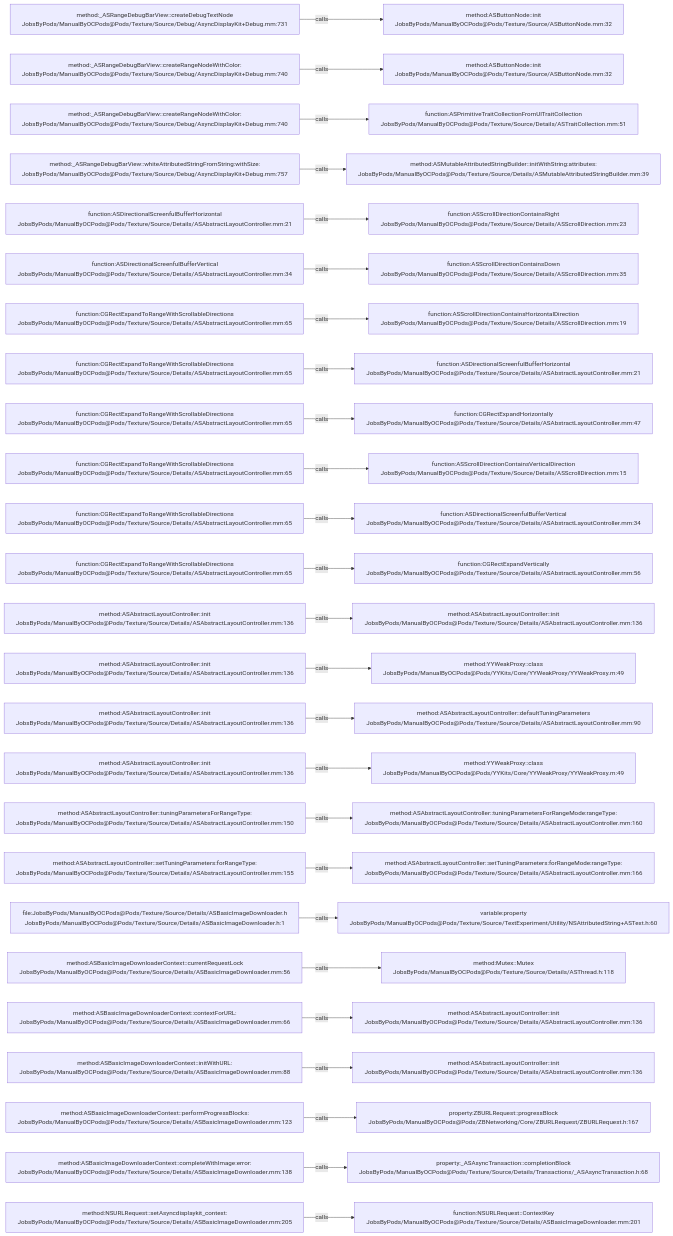
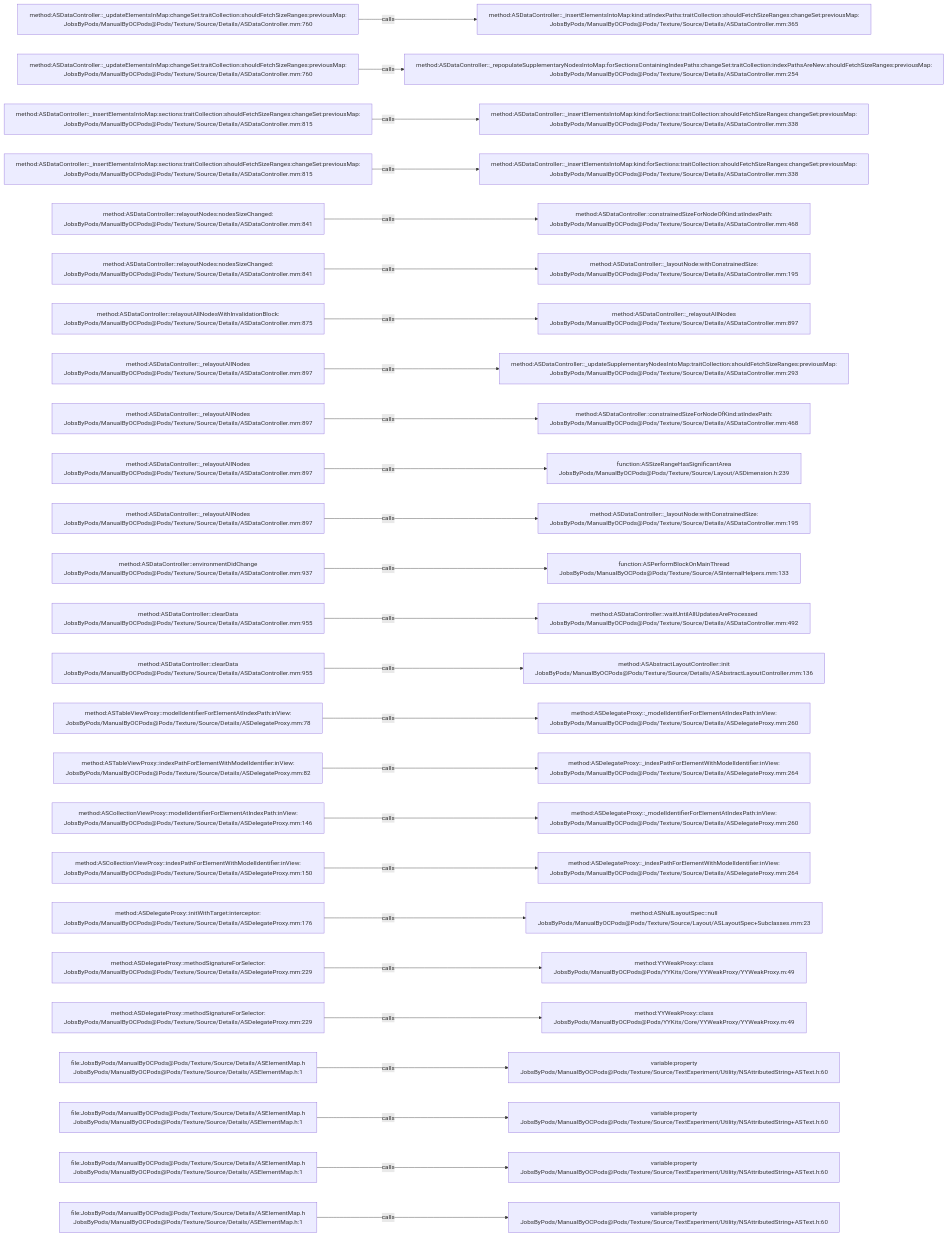
The diagram in .codegraph/codegraph.md/graphs/calls-158.md (JobsKits/JobsOCBaseConfigDemo), drawn with Mermaid before and after one commit. The commit also changed 1223 other files, not shown here.

````diff
--- a/.codegraph/codegraph.md/graphs/calls-158.md
+++ b/.codegraph/codegraph.md/graphs/calls-158.md
@@ -13,78 +13,78 @@
 ```mermaid
 flowchart LR
-  S1["method:_ASRangeDebugBarView::createDebugTextNode<br/>JobsByPods/ManualByOCPods@Pods/Texture/Source/Debug/AsyncDisplayKit+Debug.mm:731"]
-  T1["method:ASButtonNode::init<br/>JobsByPods/ManualByOCPods@Pods/Texture/Source/ASButtonNode.mm:32"]
+  S1["method:ASDataController::_updateElementsInMap:changeSet:traitCollection:shouldFetchSizeRanges:previousMap:<br/>JobsByPods/ManualByOCPods@Pods/Texture/Source/Details/ASDataController.mm:760"]
+  T1["method:ASDataController::_insertElementsIntoMap:kind:atIndexPaths:traitCollection:shouldFetchSizeRanges:changeSet:previousMap:<br/>JobsByPods/ManualByOCPods@Pods/Texture/Source/Details/ASDataController.mm:365"]
   S1 -->|calls| T1
-  S2["method:_ASRangeDebugBarView::createRangeNodeWithColor:<br/>JobsByPods/ManualByOCPods@Pods/Texture/Source/Debug/AsyncDisplayKit+Debug.mm:740"]
-  T2["method:ASButtonNode::init<br/>JobsByPods/ManualByOCPods@Pods/Texture/Source/ASButtonNode.mm:32"]
+  S2["method:ASDataController::_updateElementsInMap:changeSet:traitCollection:shouldFetchSizeRanges:previousMap:<br/>JobsByPods/ManualByOCPods@Pods/Texture/Source/Details/ASDataController.mm:760"]
+  T2["method:ASDataController::_repopulateSupplementaryNodesIntoMap:forSectionsContainingIndexPaths:changeSet:traitCollection:indexPathsAreNew:shouldFetchSizeRanges:previousMap:<br/>JobsByPods/ManualByOCPods@Pods/Texture/Source/Details/ASDataController.mm:254"]
   S2 -->|calls| T2
-  S3["method:_ASRangeDebugBarView::createRangeNodeWithColor:<br/>JobsByPods/ManualByOCPods@Pods/Texture/Source/Debug/AsyncDisplayKit+Debug.mm:740"]
-  T3["function:ASPrimitiveTraitCollectionFromUITraitCollection<br/>JobsByPods/ManualByOCPods@Pods/Texture/Source/Details/ASTraitCollection.mm:51"]
+  S3["method:ASDataController::_insertElementsIntoMap:sections:traitCollection:shouldFetchSizeRanges:changeSet:previousMap:<br/>JobsByPods/ManualByOCPods@Pods/Texture/Source/Details/ASDataController.mm:815"]
+  T3["method:ASDataController::_insertElementsIntoMap:kind:forSections:traitCollection:shouldFetchSizeRanges:changeSet:previousMap:<br/>JobsByPods/ManualByOCPods@Pods/Texture/Source/Details/ASDataController.mm:338"]
   S3 -->|calls| T3
-  S4["method:_ASRangeDebugBarView::whiteAttributedStringFromString:withSize:<br/>JobsByPods/ManualByOCPods@Pods/Texture/Source/Debug/AsyncDisplayKit+Debug.mm:757"]
-  T4["method:ASMutableAttributedStringBuilder::initWithString:attributes:<br/>JobsByPods/ManualByOCPods@Pods/Texture/Source/Details/ASMutableAttributedStringBuilder.mm:39"]
+  S4["method:ASDataController::_insertElementsIntoMap:sections:traitCollection:shouldFetchSizeRanges:changeSet:previousMap:<br/>JobsByPods/ManualByOCPods@Pods/Texture/Source/Details/ASDataController.mm:815"]
+  T4["method:ASDataController::_insertElementsIntoMap:kind:forSections:traitCollection:shouldFetchSizeRanges:changeSet:previousMap:<br/>JobsByPods/ManualByOCPods@Pods/Texture/Source/Details/ASDataController.mm:338"]
   S4 -->|calls| T4
-  S5["function:ASDirectionalScreenfulBufferHorizontal<br/>JobsByPods/ManualByOCPods@Pods/Texture/Source/Details/ASAbstractLayoutController.mm:21"]
-  T5["function:ASScrollDirectionContainsRight<br/>JobsByPods/ManualByOCPods@Pods/Texture/Source/Details/ASScrollDirection.mm:23"]
+  S5["method:ASDataController::relayoutNodes:nodesSizeChanged:<br/>JobsByPods/ManualByOCPods@Pods/Texture/Source/Details/ASDataController.mm:841"]
+  T5["method:ASDataController::constrainedSizeForNodeOfKind:atIndexPath:<br/>JobsByPods/ManualByOCPods@Pods/Texture/Source/Details/ASDataController.mm:468"]
   S5 -->|calls| T5
-  S6["function:ASDirectionalScreenfulBufferVertical<br/>JobsByPods/ManualByOCPods@Pods/Texture/Source/Details/ASAbstractLayoutController.mm:34"]
-  T6["function:ASScrollDirectionContainsDown<br/>JobsByPods/ManualByOCPods@Pods/Texture/Source/Details/ASScrollDirection.mm:35"]
+  S6["method:ASDataController::relayoutNodes:nodesSizeChanged:<br/>JobsByPods/ManualByOCPods@Pods/Texture/Source/Details/ASDataController.mm:841"]
+  T6["method:ASDataController::_layoutNode:withConstrainedSize:<br/>JobsByPods/ManualByOCPods@Pods/Texture/Source/Details/ASDataController.mm:195"]
   S6 -->|calls| T6
-  S7["function:CGRectExpandToRangeWithScrollableDirections<br/>JobsByPods/ManualByOCPods@Pods/Texture/Source/Details/ASAbstractLayoutController.mm:65"]
-  T7["function:ASScrollDirectionContainsHorizontalDirection<br/>JobsByPods/ManualByOCPods@Pods/Texture/Source/Details/ASScrollDirection.mm:19"]
+  S7["method:ASDataController::relayoutAllNodesWithInvalidationBlock:<br/>JobsByPods/ManualByOCPods@Pods/Texture/Source/Details/ASDataController.mm:875"]
+  T7["method:ASDataController::_relayoutAllNodes<br/>JobsByPods/ManualByOCPods@Pods/Texture/Source/Details/ASDataController.mm:897"]
   S7 -->|calls| T7
-  S8["function:CGRectExpandToRangeWithScrollableDirections<br/>JobsByPods/ManualByOCPods@Pods/Texture/Source/Details/ASAbstractLayoutController.mm:65"]
-  T8["function:ASDirectionalScreenfulBufferHorizontal<br/>JobsByPods/ManualByOCPods@Pods/Texture/Source/Details/ASAbstractLayoutController.mm:21"]
+  S8["method:ASDataController::_relayoutAllNodes<br/>JobsByPods/ManualByOCPods@Pods/Texture/Source/Details/ASDataController.mm:897"]
+  T8["method:ASDataController::_updateSupplementaryNodesIntoMap:traitCollection:shouldFetchSizeRanges:previousMap:<br/>JobsByPods/ManualByOCPods@Pods/Texture/Source/Details/ASDataController.mm:293"]
   S8 -->|calls| T8
-  S9["function:CGRectExpandToRangeWithScrollableDirections<br/>JobsByPods/ManualByOCPods@Pods/Texture/Source/Details/ASAbstractLayoutController.mm:65"]
-  T9["function:CGRectExpandHorizontally<br/>JobsByPods/ManualByOCPods@Pods/Texture/Source/Details/ASAbstractLayoutController.mm:47"]
+  S9["method:ASDataController::_relayoutAllNodes<br/>JobsByPods/ManualByOCPods@Pods/Texture/Source/Details/ASDataController.mm:897"]
+  T9["method:ASDataController::constrainedSizeForNodeOfKind:atIndexPath:<br/>JobsByPods/ManualByOCPods@Pods/Texture/Source/Details/ASDataController.mm:468"]
   S9 -->|calls| T9
-  S10["function:CGRectExpandToRangeWithScrollableDirections<br/>JobsByPods/ManualByOCPods@Pods/Texture/Source/Details/ASAbstractLayoutController.mm:65"]
-  T10["function:ASScrollDirectionContainsVerticalDirection<br/>JobsByPods/ManualByOCPods@Pods/Texture/Source/Details/ASScrollDirection.mm:15"]
+  S10["method:ASDataController::_relayoutAllNodes<br/>JobsByPods/ManualByOCPods@Pods/Texture/Source/Details/ASDataController.mm:897"]
+  T10["function:ASSizeRangeHasSignificantArea<br/>JobsByPods/ManualByOCPods@Pods/Texture/Source/Layout/ASDimension.h:239"]
   S10 -->|calls| T10
-  S11["function:CGRectExpandToRangeWithScrollableDirections<br/>JobsByPods/ManualByOCPods@Pods/Texture/Source/Details/ASAbstractLayoutController.mm:65"]
-  T11["function:ASDirectionalScreenfulBufferVertical<br/>JobsByPods/ManualByOCPods@Pods/Texture/Source/Details/ASAbstractLayoutController.mm:34"]
+  S11["method:ASDataController::_relayoutAllNodes<br/>JobsByPods/ManualByOCPods@Pods/Texture/Source/Details/ASDataController.mm:897"]
+  T11["method:ASDataController::_layoutNode:withConstrainedSize:<br/>JobsByPods/ManualByOCPods@Pods/Texture/Source/Details/ASDataController.mm:195"]
   S11 -->|calls| T11
-  S12["function:CGRectExpandToRangeWithScrollableDirections<br/>JobsByPods/ManualByOCPods@Pods/Texture/Source/Details/ASAbstractLayoutController.mm:65"]
-  T12["function:CGRectExpandVertically<br/>JobsByPods/ManualByOCPods@Pods/Texture/Source/Details/ASAbstractLayoutController.mm:56"]
+  S12["method:ASDataController::environmentDidChange<br/>JobsByPods/ManualByOCPods@Pods/Texture/Source/Details/ASDataController.mm:937"]
+  T12["function:ASPerformBlockOnMainThread<br/>JobsByPods/ManualByOCPods@Pods/Texture/Source/ASInternalHelpers.mm:133"]
   S12 -->|calls| T12
-  S13["method:ASAbstractLayoutController::init<br/>JobsByPods/ManualByOCPods@Pods/Texture/Source/Details/ASAbstractLayoutController.mm:136"]
-  T13["method:ASAbstractLayoutController::init<br/>JobsByPods/ManualByOCPods@Pods/Texture/Source/Details/ASAbstractLayoutController.mm:136"]
+  S13["method:ASDataController::clearData<br/>JobsByPods/ManualByOCPods@Pods/Texture/Source/Details/ASDataController.mm:955"]
+  T13["method:ASDataController::waitUntilAllUpdatesAreProcessed<br/>JobsByPods/ManualByOCPods@Pods/Texture/Source/Details/ASDataController.mm:492"]
   S13 -->|calls| T13
-  S14["method:ASAbstractLayoutController::init<br/>JobsByPods/ManualByOCPods@Pods/Texture/Source/Details/ASAbstractLayoutController.mm:136"]
-  T14["method:YYWeakProxy::class<br/>JobsByPods/ManualByOCPods@Pods/YYKits/Core/YYWeakProxy/YYWeakProxy.m:49"]
+  S14["method:ASDataController::clearData<br/>JobsByPods/ManualByOCPods@Pods/Texture/Source/Details/ASDataController.mm:955"]
+  T14["method:ASAbstractLayoutController::init<br/>JobsByPods/ManualByOCPods@Pods/Texture/Source/Details/ASAbstractLayoutController.mm:136"]
   S14 -->|calls| T14
-  S15["method:ASAbstractLayoutController::init<br/>JobsByPods/ManualByOCPods@Pods/Texture/Source/Details/ASAbstractLayoutController.mm:136"]
-  T15["method:ASAbstractLayoutController::defaultTuningParameters<br/>JobsByPods/ManualByOCPods@Pods/Texture/Source/Details/ASAbstractLayoutController.mm:90"]
+  S15["method:ASTableViewProxy::modelIdentifierForElementAtIndexPath:inView:<br/>JobsByPods/ManualByOCPods@Pods/Texture/Source/Details/ASDelegateProxy.mm:78"]
+  T15["method:ASDelegateProxy::_modelIdentifierForElementAtIndexPath:inView:<br/>JobsByPods/ManualByOCPods@Pods/Texture/Source/Details/ASDelegateProxy.mm:260"]
   S15 -->|calls| T15
-  S16["method:ASAbstractLayoutController::init<br/>JobsByPods/ManualByOCPods@Pods/Texture/Source/Details/ASAbstractLayoutController.mm:136"]
-  T16["method:YYWeakProxy::class<br/>JobsByPods/ManualByOCPods@Pods/YYKits/Core/YYWeakProxy/YYWeakProxy.m:49"]
+  S16["method:ASTableViewProxy::indexPathForElementWithModelIdentifier:inView:<br/>JobsByPods/ManualByOCPods@Pods/Texture/Source/Details/ASDelegateProxy.mm:82"]
+  T16["method:ASDelegateProxy::_indexPathForElementWithModelIdentifier:inView:<br/>JobsByPods/ManualByOCPods@Pods/Texture/Source/Details/ASDelegateProxy.mm:264"]
   S16 -->|calls| T16
-  S17["method:ASAbstractLayoutController::tuningParametersForRangeType:<br/>JobsByPods/ManualByOCPods@Pods/Texture/Source/Details/ASAbstractLayoutController.mm:150"]
-  T17["method:ASAbstractLayoutController::tuningParametersForRangeMode:rangeType:<br/>JobsByPods/ManualByOCPods@Pods/Texture/Source/Details/ASAbstractLayoutController.mm:160"]
+  S17["method:ASCollectionViewProxy::modelIdentifierForElementAtIndexPath:inView:<br/>JobsByPods/ManualByOCPods@Pods/Texture/Source/Details/ASDelegateProxy.mm:146"]
+  T17["method:ASDelegateProxy::_modelIdentifierForElementAtIndexPath:inView:<br/>JobsByPods/ManualByOCPods@Pods/Texture/Source/Details/ASDelegateProxy.mm:260"]
   S17 -->|calls| T17
-  S18["method:ASAbstractLayoutController::setTuningParameters:forRangeType:<br/>JobsByPods/ManualByOCPods@Pods/Texture/Source/Details/ASAbstractLayoutController.mm:155"]
-  T18["method:ASAbstractLayoutController::setTuningParameters:forRangeMode:rangeType:<br/>JobsByPods/ManualByOCPods@Pods/Texture/Source/Details/ASAbstractLayoutController.mm:166"]
+  S18["method:ASCollectionViewProxy::indexPathForElementWithModelIdentifier:inView:<br/>JobsByPods/ManualByOCPods@Pods/Texture/Source/Details/ASDelegateProxy.mm:150"]
+  T18["method:ASDelegateProxy::_indexPathForElementWithModelIdentifier:inView:<br/>JobsByPods/ManualByOCPods@Pods/Texture/Source/Details/ASDelegateProxy.mm:264"]
   S18 -->|calls| T18
-  S19["file:JobsByPods/ManualByOCPods@Pods/Texture/Source/Details/ASBasicImageDownloader.h<br/>JobsByPods/ManualByOCPods@Pods/Texture/Source/Details/ASBasicImageDownloader.h:1"]
-  T19["variable:property<br/>JobsByPods/ManualByOCPods@Pods/Texture/Source/TextExperiment/Utility/NSAttributedString+ASText.h:60"]
+  S19["method:ASDelegateProxy::initWithTarget:interceptor:<br/>JobsByPods/ManualByOCPods@Pods/Texture/Source/Details/ASDelegateProxy.mm:176"]
+  T19["method:ASNullLayoutSpec::null<br/>JobsByPods/ManualByOCPods@Pods/Texture/Source/Layout/ASLayoutSpec+Subclasses.mm:23"]
   S19 -->|calls| T19
-  S20["method:ASBasicImageDownloaderContext::currentRequestLock<br/>JobsByPods/ManualByOCPods@Pods/Texture/Source/Details/ASBasicImageDownloader.mm:56"]
-  T20["method:Mutex::Mutex<br/>JobsByPods/ManualByOCPods@Pods/Texture/Source/Details/ASThread.h:118"]
+  S20["method:ASDelegateProxy::methodSignatureForSelector:<br/>JobsByPods/ManualByOCPods@Pods/Texture/Source/Details/ASDelegateProxy.mm:229"]
+  T20["method:YYWeakProxy::class<br/>JobsByPods/ManualByOCPods@Pods/YYKits/Core/YYWeakProxy/YYWeakProxy.m:49"]
   S20 -->|calls| T20
-  S21["method:ASBasicImageDownloaderContext::contextForURL:<br/>JobsByPods/ManualByOCPods@Pods/Texture/Source/Details/ASBasicImageDownloader.mm:66"]
-  T21["method:ASAbstractLayoutController::init<br/>JobsByPods/ManualByOCPods@Pods/Texture/Source/Details/ASAbstractLayoutController.mm:136"]
+  S21["method:ASDelegateProxy::methodSignatureForSelector:<br/>JobsByPods/ManualByOCPods@Pods/Texture/Source/Details/ASDelegateProxy.mm:229"]
+  T21["method:YYWeakProxy::class<br/>JobsByPods/ManualByOCPods@Pods/YYKits/Core/YYWeakProxy/YYWeakProxy.m:49"]
   S21 -->|calls| T21
-  S22["method:ASBasicImageDownloaderContext::initWithURL:<br/>JobsByPods/ManualByOCPods@Pods/Texture/Source/Details/ASBasicImageDownloader.mm:88"]
-  T22["method:ASAbstractLayoutController::init<br/>JobsByPods/ManualByOCPods@Pods/Texture/Source/Details/ASAbstractLayoutController.mm:136"]
+  S22["file:JobsByPods/ManualByOCPods@Pods/Texture/Source/Details/ASElementMap.h<br/>JobsByPods/ManualByOCPods@Pods/Texture/Source/Details/ASElementMap.h:1"]
+  T22["variable:property<br/>JobsByPods/ManualByOCPods@Pods/Texture/Source/TextExperiment/Utility/NSAttributedString+ASText.h:60"]
   S22 -->|calls| T22
-  S23["method:ASBasicImageDownloaderContext::performProgressBlocks:<br/>JobsByPods/ManualByOCPods@Pods/Texture/Source/Details/ASBasicImageDownloader.mm:123"]
-  T23["property:ZBURLRequest::progressBlock<br/>JobsByPods/ManualByOCPods@Pods/ZBNetworking/Core/ZBURLRequest/ZBURLRequest.h:167"]
+  S23["file:JobsByPods/ManualByOCPods@Pods/Texture/Source/Details/ASElementMap.h<br/>JobsByPods/ManualByOCPods@Pods/Texture/Source/Details/ASElementMap.h:1"]
+  T23["variable:property<br/>JobsByPods/ManualByOCPods@Pods/Texture/Source/TextExperiment/Utility/NSAttributedString+ASText.h:60"]
   S23 -->|calls| T23
-  S24["method:ASBasicImageDownloaderContext::completeWithImage:error:<br/>JobsByPods/ManualByOCPods@Pods/Texture/Source/Details/ASBasicImageDownloader.mm:138"]
-  T24["property:_ASAsyncTransaction::completionBlock<br/>JobsByPods/ManualByOCPods@Pods/Texture/Source/Details/Transactions/_ASAsyncTransaction.h:68"]
+  S24["file:JobsByPods/ManualByOCPods@Pods/Texture/Source/Details/ASElementMap.h<br/>JobsByPods/ManualByOCPods@Pods/Texture/Source/Details/ASElementMap.h:1"]
+  T24["variable:property<br/>JobsByPods/ManualByOCPods@Pods/Texture/Source/TextExperiment/Utility/NSAttributedString+ASText.h:60"]
   S24 -->|calls| T24
-  S25["method:NSURLRequest::setAsyncdisplaykit_context:<br/>JobsByPods/ManualByOCPods@Pods/Texture/Source/Details/ASBasicImageDownloader.mm:205"]
-  T25["function:NSURLRequest::ContextKey<br/>JobsByPods/ManualByOCPods@Pods/Texture/Source/Details/ASBasicImageDownloader.mm:201"]
+  S25["file:JobsByPods/ManualByOCPods@Pods/Texture/Source/Details/ASElementMap.h<br/>JobsByPods/ManualByOCPods@Pods/Texture/Source/Details/ASElementMap.h:1"]
+  T25["variable:property<br/>JobsByPods/ManualByOCPods@Pods/Texture/Source/TextExperiment/Utility/NSAttributedString+ASText.h:60"]
   S25 -->|calls| T25
 ```
````
